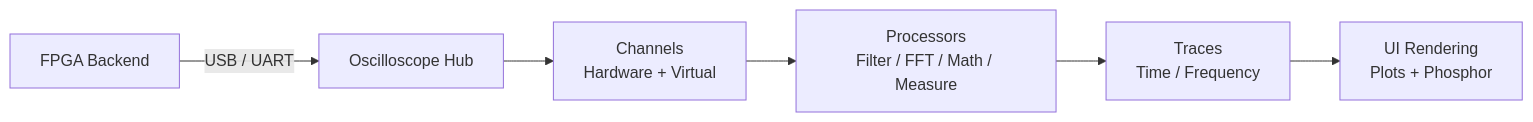
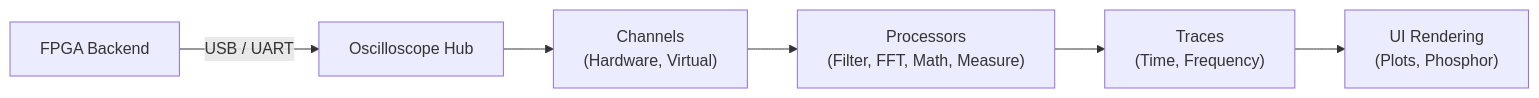
One commit to wavius/Scoped changed the first of 2 diagrams in docs/ARCHITECTURE.md. Above: the diagram before and after it, drawn with Mermaid. The commit also changed other lines of this file and 1 other file, not shown here.

Commit message:
fix flowchart formatting issue in architecture doc

````diff
--- a/docs/ARCHITECTURE.md
+++ b/docs/ARCHITECTURE.md
@@ -9,8 +9,8 @@
 ```mermaid
 flowchart LR
     HW[FPGA Backend] -->|USB / UART| OSC[Oscilloscope Hub]
-    OSC --> CH[Channels<br/>Hardware + Virtual]
-    CH --> PR[Processors<br/>Filter / FFT / Math / Measure]
-    PR --> TR[Traces<br/>Time / Frequency]
-    TR --> UI[UI Rendering<br/>Plots + Phosphor]
+    OSC --> CH["Channels<br/>(Hardware, Virtual)"]
+    CH --> PR["Processors<br/>(Filter, FFT, Math, Measure)"]
+    PR --> TR["Traces<br/>(Time, Frequency)"]
+    TR --> UI["UI Rendering<br/>(Plots, Phosphor)"]
 ```
````
